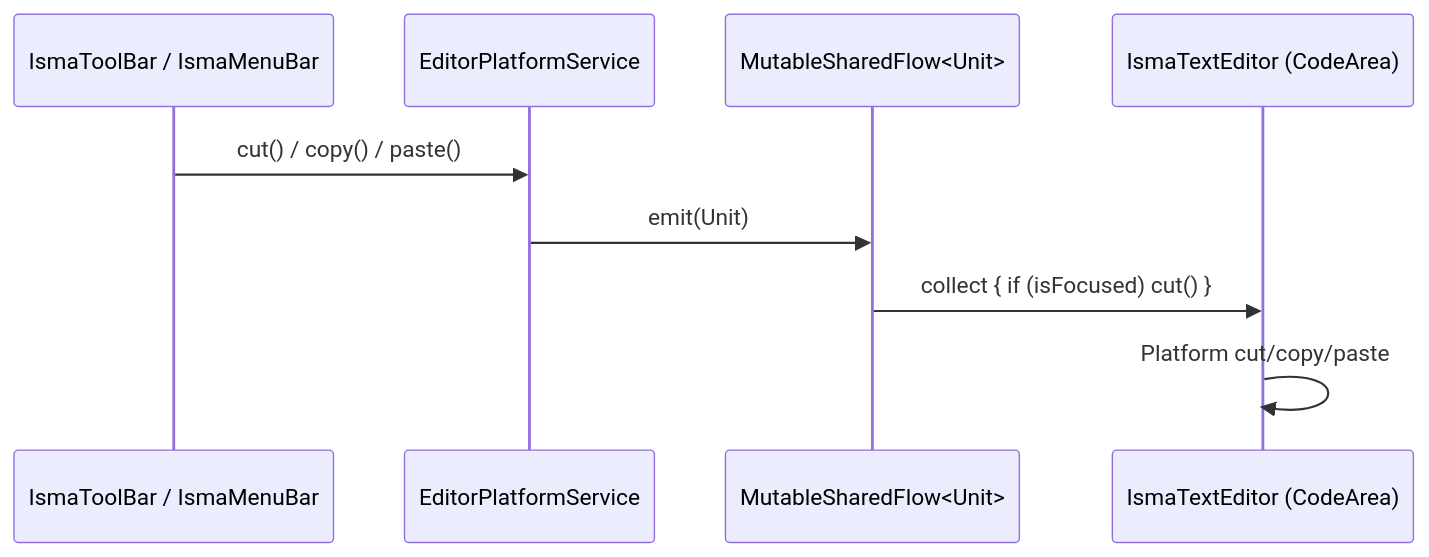
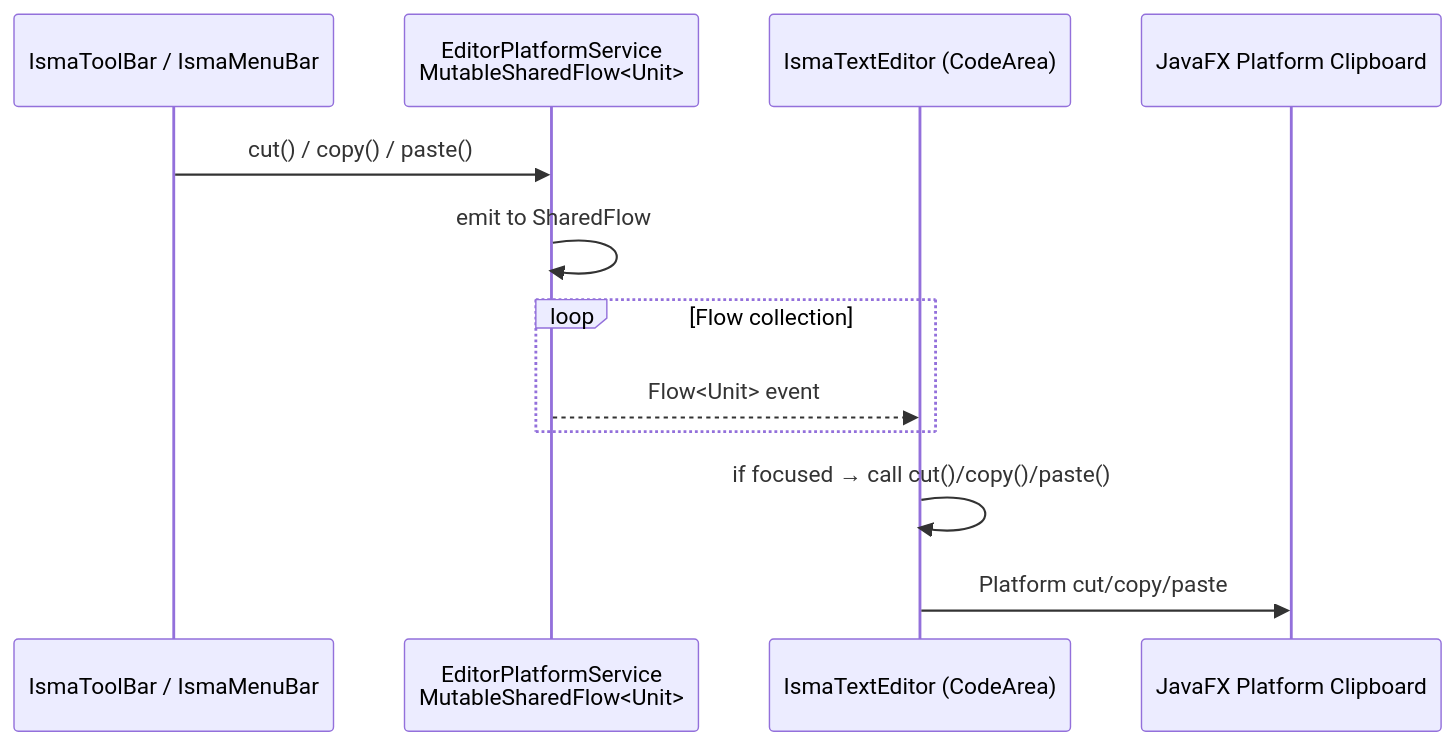
Before and after one commit to SmallBossGames/isma: the second of 4 diagrams in docs/isma-ui/ui-components/05-editors.md, drawn with Mermaid. The commit also changed other lines of this file and 26 other files, not shown here.

````diff
--- a/docs/isma-ui/ui-components/05-editors.md
+++ b/docs/isma-ui/ui-components/05-editors.md
@@ -40,12 +52,15 @@
 ```mermaid
 sequenceDiagram
-    participant Menu as IsmaToolBar / IsmaMenuBar
-    participant Service as EditorPlatformService
-    participant Flow as MutableSharedFlow<Unit>
-    participant Editor as IsmaTextEditor (CodeArea)
+    participant UI as IsmaToolBar / IsmaMenuBar
+    participant EPS as EditorPlatformService<br/>MutableSharedFlow<Unit>
+    participant CA as IsmaTextEditor (CodeArea)
+    participant Platform as JavaFX Platform Clipboard
 
-    Menu->>Service: cut() / copy() / paste()
-    Service->>Flow: emit(Unit)
-    Flow->>Editor: collect { if (isFocused) cut() }
-    Editor->>Editor: Platform cut/copy/paste
+    UI->>EPS: cut() / copy() / paste()
+    EPS->>EPS: emit to SharedFlow
+    loop Flow collection
+        EPS-->>CA: Flow<Unit> event
+    end
+    CA->>CA: if focused → call cut()/copy()/paste()
+    CA->>Platform: Platform cut/copy/paste
 ```
````
